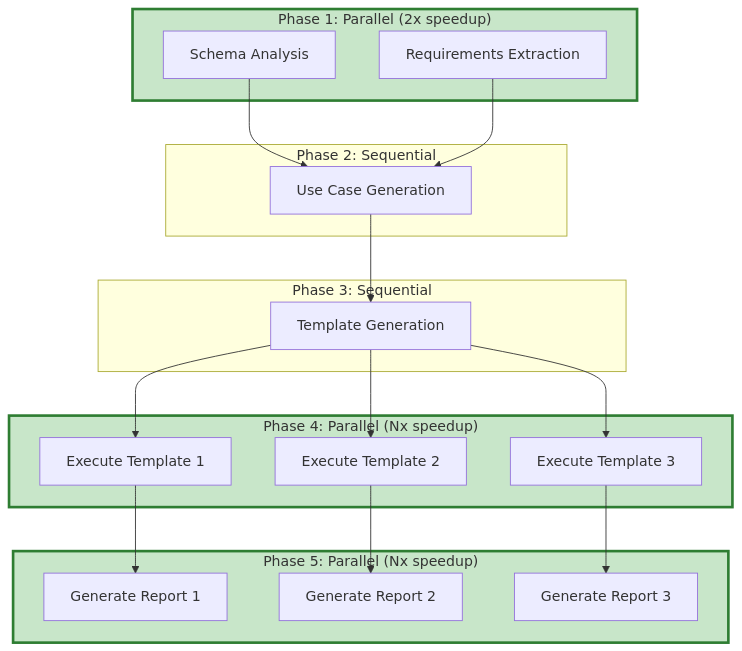
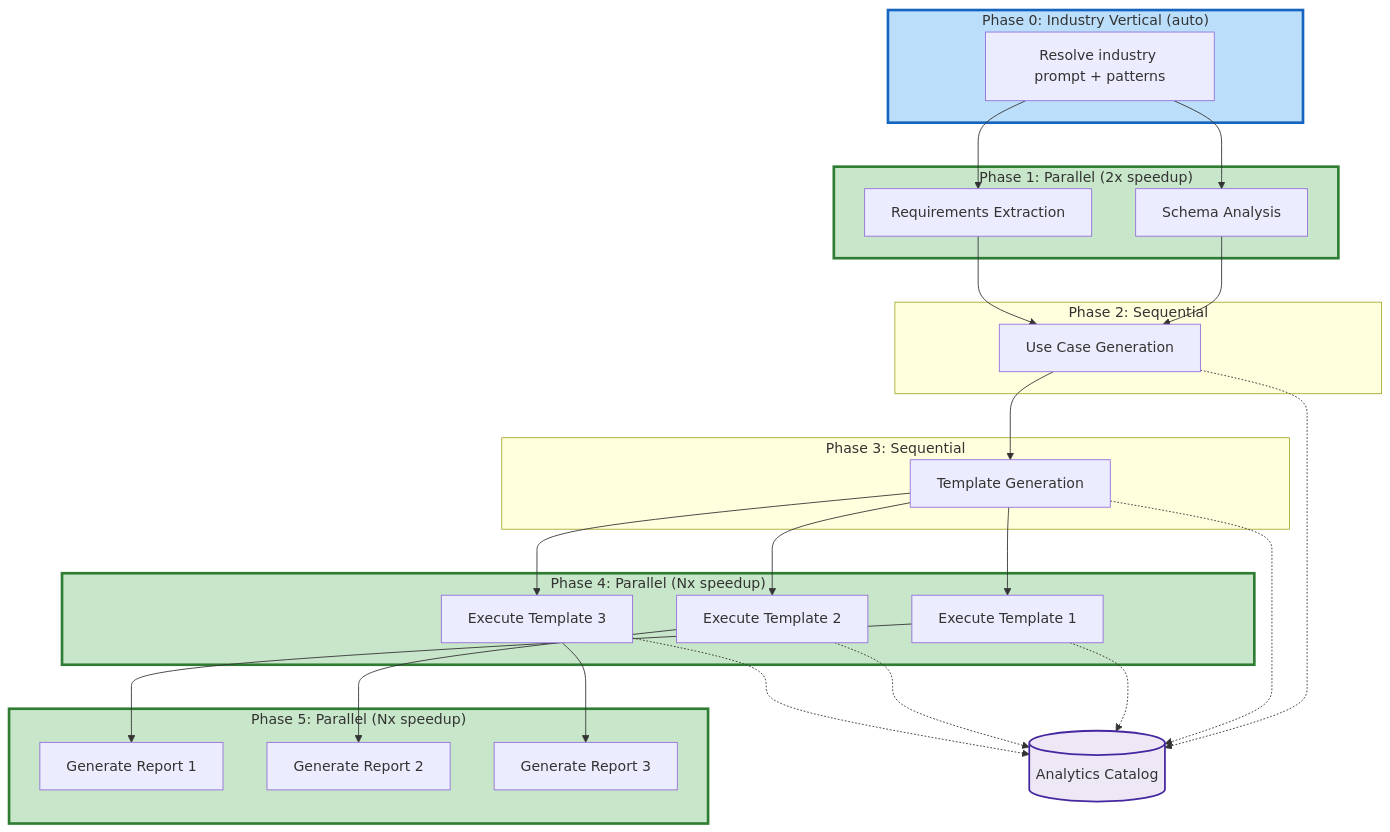
The third of 3 diagrams in docs/PARALLEL_EXECUTION_GUIDE.md (ArthurKeen/graph-analytics-ai-platform), drawn with Mermaid before and after one commit. The commit also changed other lines of this file and 4 other files, not shown here.

First line of the commit message:
docs: update agentic workflow diagrams for vertical automation and catalog

````diff
--- a/docs/PARALLEL_EXECUTION_GUIDE.md
+++ b/docs/PARALLEL_EXECUTION_GUIDE.md
@@ -165,41 +179,57 @@
 ```mermaid
 graph TB
+ subgraph Phase0[" Phase 0: Industry Vertical (auto)"]
+ V[Resolve industry prompt + patterns]
+ end
+ 
  subgraph Phase1[" Phase 1: Parallel (2x speedup)"]
  A[Schema Analysis]
  B[Requirements Extraction]
  end
  
  subgraph Phase2["Phase 2: Sequential"]
  C[Use Case Generation]
  end
  
  subgraph Phase3["Phase 3: Sequential"]
  D[Template Generation]
  end
  
  subgraph Phase4[" Phase 4: Parallel (Nx speedup)"]
  E1[Execute Template 1]
  E2[Execute Template 2]
  E3[Execute Template 3]
  end
  
  subgraph Phase5[" Phase 5: Parallel (Nx speedup)"]
  R1[Generate Report 1]
  R2[Generate Report 2]
  R3[Generate Report 3]
  end
  
+ K[(Analytics Catalog)]:::catalog
+ 
+ V --> A
+ V --> B
  A --> C
  B --> C
  C --> D
  D --> E1
  D --> E2
  D --> E3
  E1 --> R1
  E2 --> R2
  E3 --> R3
  
+ C -.-> K
+ D -.-> K
+ E1 -.-> K
+ E2 -.-> K
+ E3 -.-> K
+ 
+ style Phase0 fill:#bbdefb,stroke:#1565c0,stroke-width:3px
  style Phase1 fill:#c8e6c9,stroke:#2e7d32,stroke-width:3px
  style Phase4 fill:#c8e6c9,stroke:#2e7d32,stroke-width:3px
  style Phase5 fill:#c8e6c9,stroke:#2e7d32,stroke-width:3px
+ classDef catalog fill:#ede7f6,stroke:#4527a0,stroke-width:2px
 ```
````
